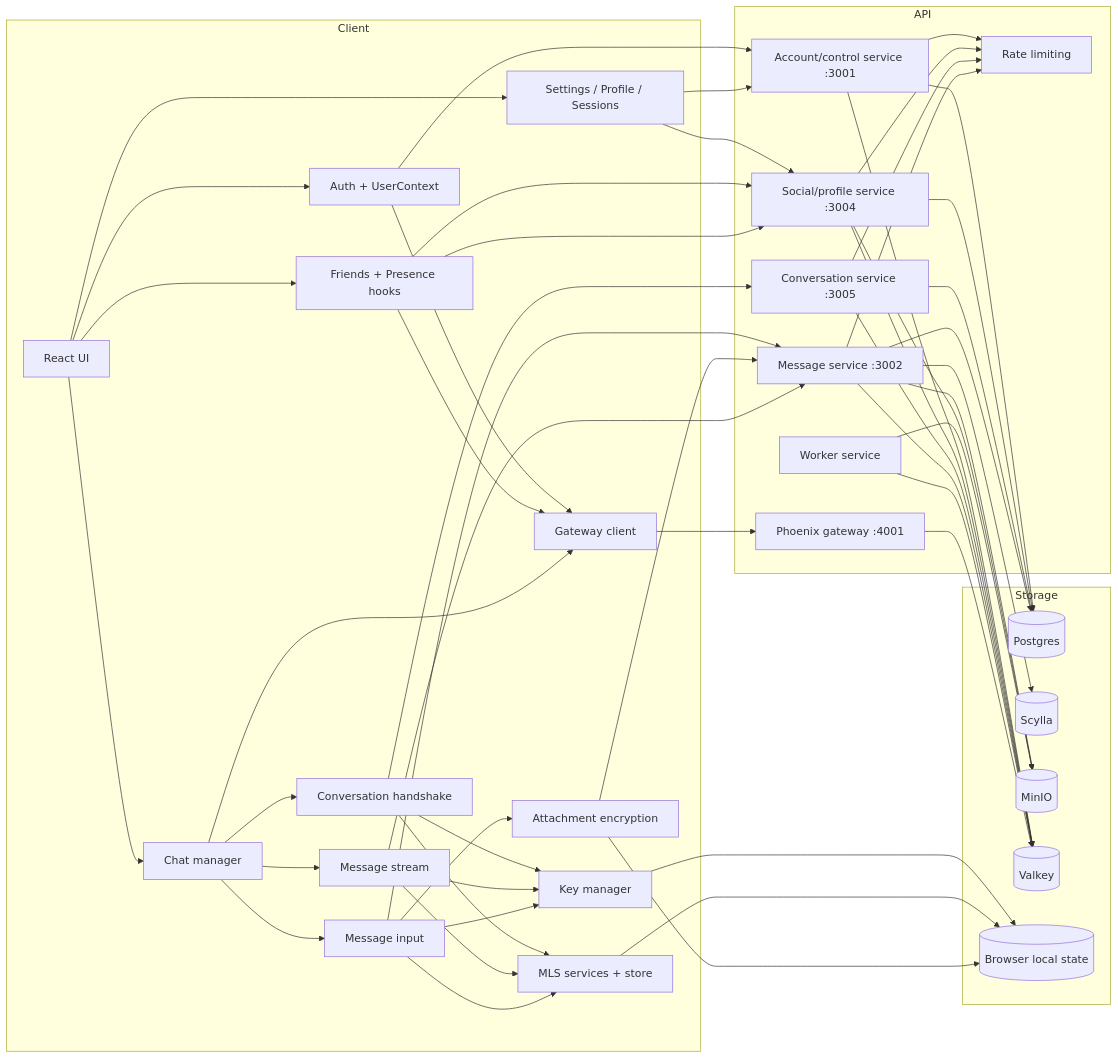
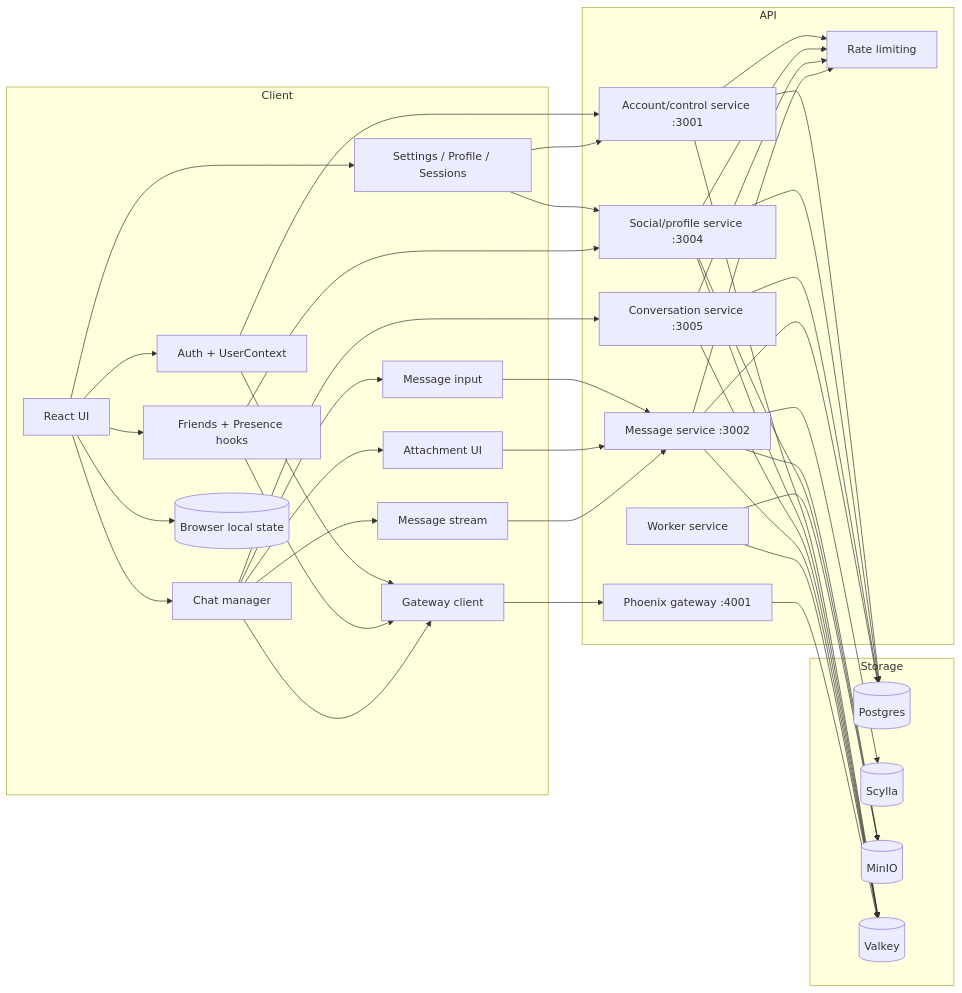
One commit to voidjack233/VOIDCHATS-NOTE2EE changed the first of 9 diagrams in VOID0000-www/docs/project-flow-map.md. Above: the diagram before and after it, drawn with Mermaid. The commit also changed other lines of this file and 497 other files, not shown here.

````diff
--- a/VOID0000-www/docs/project-flow-map.md
+++ b/VOID0000-www/docs/project-flow-map.md
@@ -12,13 +12,11 @@
     Settings[Settings / Profile / Sessions]
     Friends[Friends + Presence hooks]
     ChatMgr[Chat manager]
-    Handshake[Conversation handshake]
     Stream[Message stream]
     Composer[Message input]
-    KeyMgr[Key manager]
-    MLSClient[MLS services + store]
-    Media[Attachment encryption]
+    Attachments[Attachment UI]
     GatewayClient[Gateway client]
+    LocalState[(Browser local state)]
   end
 
   subgraph API
@@ -36,7 +34,6 @@
     SCY[(Scylla)]
     MINIO[(MinIO)]
     VALKEY[(Valkey)]
-    LOCAL[(Browser local state)]
   end
 
   UI --> Auth
@@ -48,17 +45,9 @@
   Settings --> AccountSvc
   Settings --> SocialSvc
   Friends --> SocialSvc
-  ChatMgr --> Handshake
   ChatMgr --> Stream
   ChatMgr --> Composer
-
-  Handshake --> KeyMgr
-  Handshake --> MLSClient
-  Stream --> KeyMgr
-  Stream --> MLSClient
-  Composer --> KeyMgr
-  Composer --> MLSClient
-  Composer --> Media
+  ChatMgr --> Attachments
 
   Auth --> GatewayClient
   Friends --> GatewayClient
@@ -85,12 +74,9 @@
   WorkerSvc --> VALKEY
   GatewayAPI --> VALKEY
 
-  KeyMgr --> LOCAL
-  MLSClient --> LOCAL
-  Media --> LOCAL
   Composer --> MessageSvc
-  Media --> MessageSvc
-  Handshake --> ConvSvc
+  Attachments --> MessageSvc
   Stream --> MessageSvc
-  Friends --> SocialSvc
+  ChatMgr --> ConvSvc
+  UI --> LocalState
 ```
````
